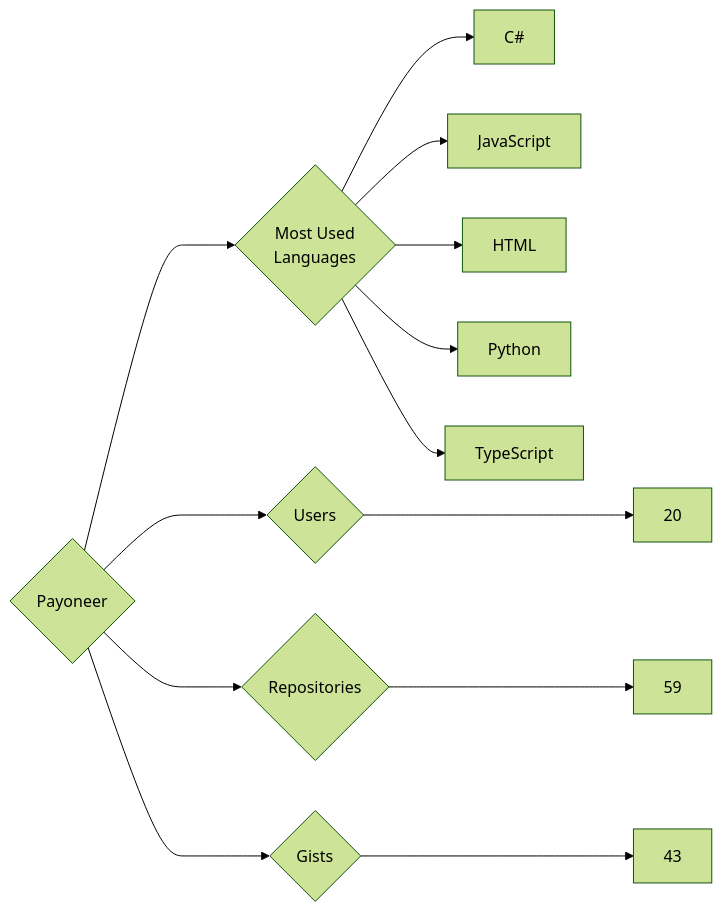
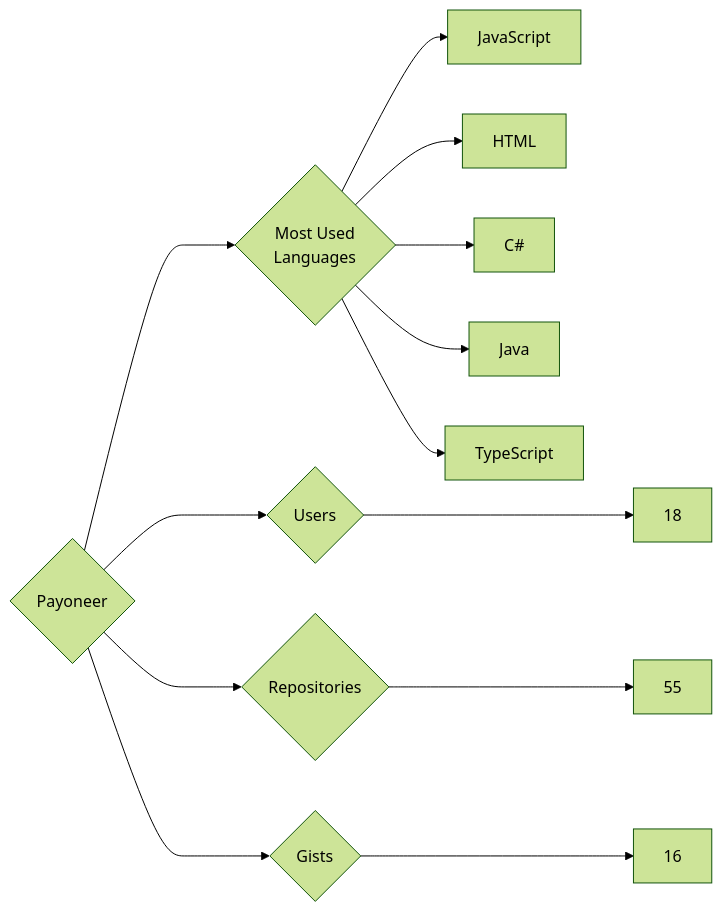
Before and after one commit to trickest/insiders: the diagram in targets/Payoneer/README.md, drawn with Mermaid (forest theme). The commit also changed 835 other files, not shown here.

````diff
--- a/targets/Payoneer/README.md
+++ b/targets/Payoneer/README.md
@@ -3,13 +3,13 @@
 ```mermaid
 graph LR
 COMPANY_NAME{Payoneer}
-COMPANY_NAME ---> U{Users} ---> UN[20]
-COMPANY_NAME ---> R{Repositories} ---> RN[59]
-COMPANY_NAME ---> G{Gists} ---> GN[43]
+COMPANY_NAME ---> U{Users} ---> UN[18]
+COMPANY_NAME ---> R{Repositories} ---> RN[55]
+COMPANY_NAME ---> G{Gists} ---> GN[16]
 COMPANY_NAME ---> ML{Most Used<br>Languages}
-ML --> C#[C#]
 ML --> JavaScript[JavaScript]
 ML --> HTML[HTML]
-ML --> Python[Python]
+ML --> C#[C#]
+ML --> Java[Java]
 ML --> TypeScript[TypeScript]
 ```
````
